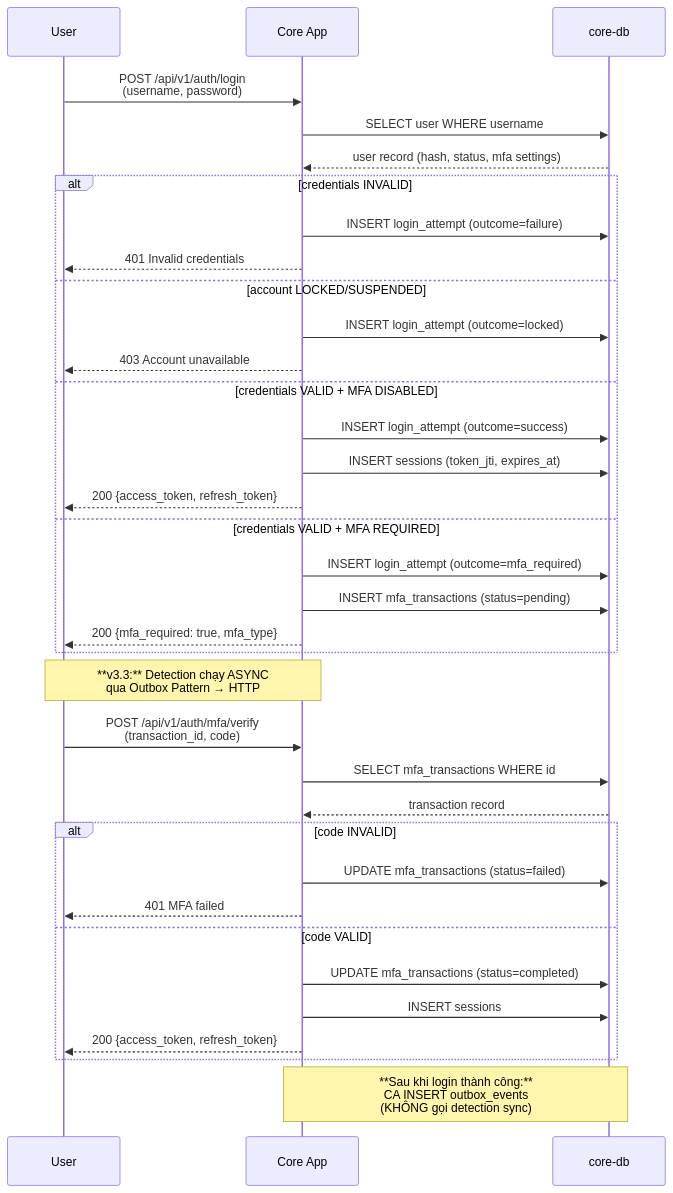
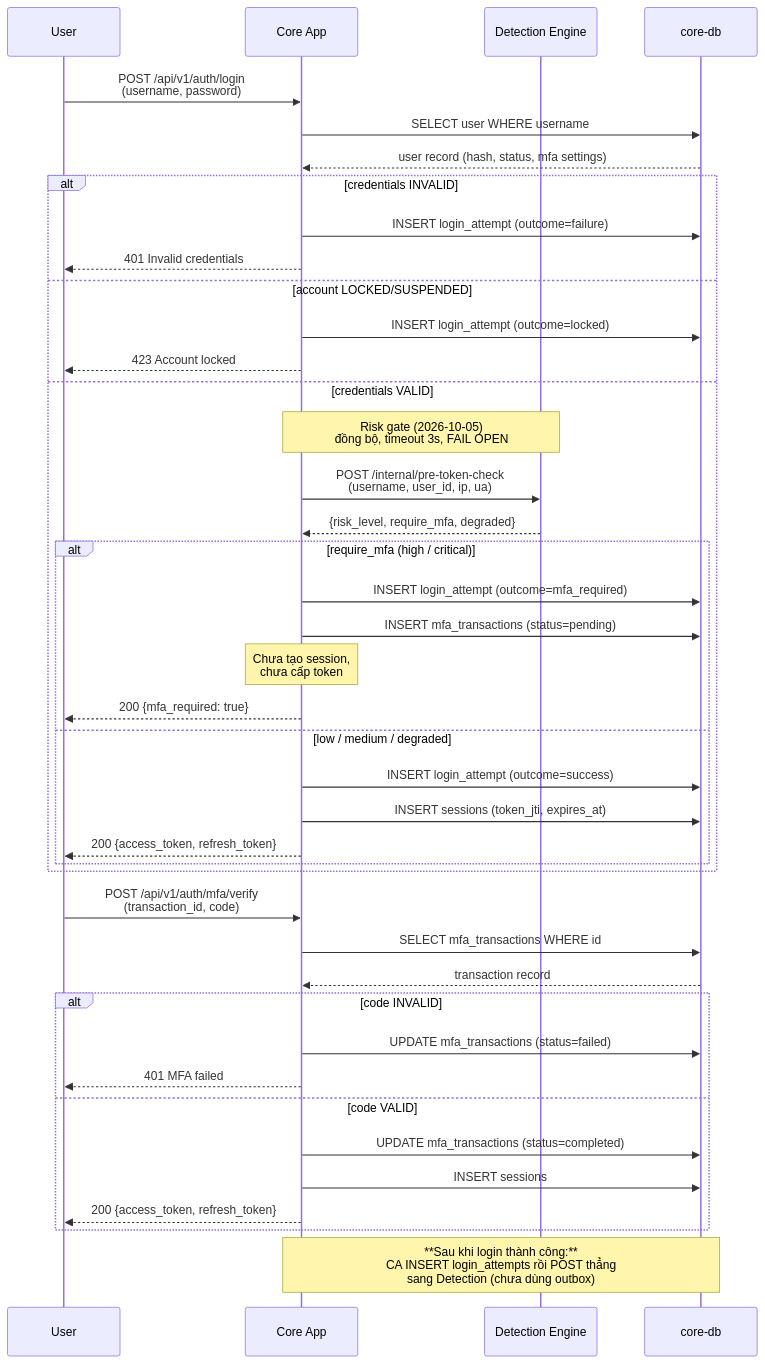
One commit to Albert-Tuan/sentinel-auth changed the second of 7 diagrams in docs/workflows.mmd. Above: the diagram before and after it, drawn with Mermaid. The commit also changed other lines of this file and 28 other files, not shown here.

Commit message:
update detection engine

````diff
--- a/docs/workflows.mmd
+++ b/docs/workflows.mmd
@@ -42,43 +47,49 @@
 ```mermaid
 sequenceDiagram
     participant U as User
     participant CA as Core App
+    participant DE as Detection Engine
     participant CDB as core-db
 
     U->>CA: POST /api/v1/auth/login<br/>(username, password)
     CA->>CDB: SELECT user WHERE username
     CDB-->>CA: user record (hash, status, mfa settings)
 
     alt credentials INVALID
         CA->>CDB: INSERT login_attempt (outcome=failure)
         CA-->>U: 401 Invalid credentials
     else account LOCKED/SUSPENDED
         CA->>CDB: INSERT login_attempt (outcome=locked)
-        CA-->>U: 403 Account unavailable
-    else credentials VALID + MFA DISABLED
-        CA->>CDB: INSERT login_attempt (outcome=success)
-        CA->>CDB: INSERT sessions (token_jti, expires_at)
-        CA-->>U: 200 {access_token, refresh_token}
-    else credentials VALID + MFA REQUIRED
-        CA->>CDB: INSERT login_attempt (outcome=mfa_required)
-        CA->>CDB: INSERT mfa_transactions (status=pending)
-        CA-->>U: 200 {mfa_required: true, mfa_type}
+        CA-->>U: 423 Account locked
+    else credentials VALID
+        Note over CA,DE: Risk gate (2026-10-05)<br/>đồng bộ, timeout 3s, FAIL OPEN
+        CA->>DE: POST /internal/pre-token-check<br/>(username, user_id, ip, ua)
+        DE-->>CA: {risk_level, require_mfa, degraded}
+
+        alt require_mfa (high / critical)
+            CA->>CDB: INSERT login_attempt (outcome=mfa_required)
+            CA->>CDB: INSERT mfa_transactions (status=pending)
+            Note over CA: Chưa tạo session,<br/>chưa cấp token
+            CA-->>U: 200 {mfa_required: true}
+        else low / medium / degraded
+            CA->>CDB: INSERT login_attempt (outcome=success)
+            CA->>CDB: INSERT sessions (token_jti, expires_at)
+            CA-->>U: 200 {access_token, refresh_token}
+        end
     end
-
-    Note over U,CA: **v3.3:** Detection chạy ASYNC<br/>qua Outbox Pattern → HTTP
 
     U->>CA: POST /api/v1/auth/mfa/verify<br/>(transaction_id, code)
     CA->>CDB: SELECT mfa_transactions WHERE id
     CDB-->>CA: transaction record
 
     alt code INVALID
         CA->>CDB: UPDATE mfa_transactions (status=failed)
         CA-->>U: 401 MFA failed
     else code VALID
         CA->>CDB: UPDATE mfa_transactions (status=completed)
         CA->>CDB: INSERT sessions
         CA-->>U: 200 {access_token, refresh_token}
     end
 
-    Note over CA,CDB: **Sau khi login thành công:**<br/>CA INSERT outbox_events<br/>(KHÔNG gọi detection sync)
+    Note over CA,CDB: **Sau khi login thành công:**<br/>CA INSERT login_attempts rồi POST thẳng<br/>sang Detection (chưa dùng outbox)
 ```
````
